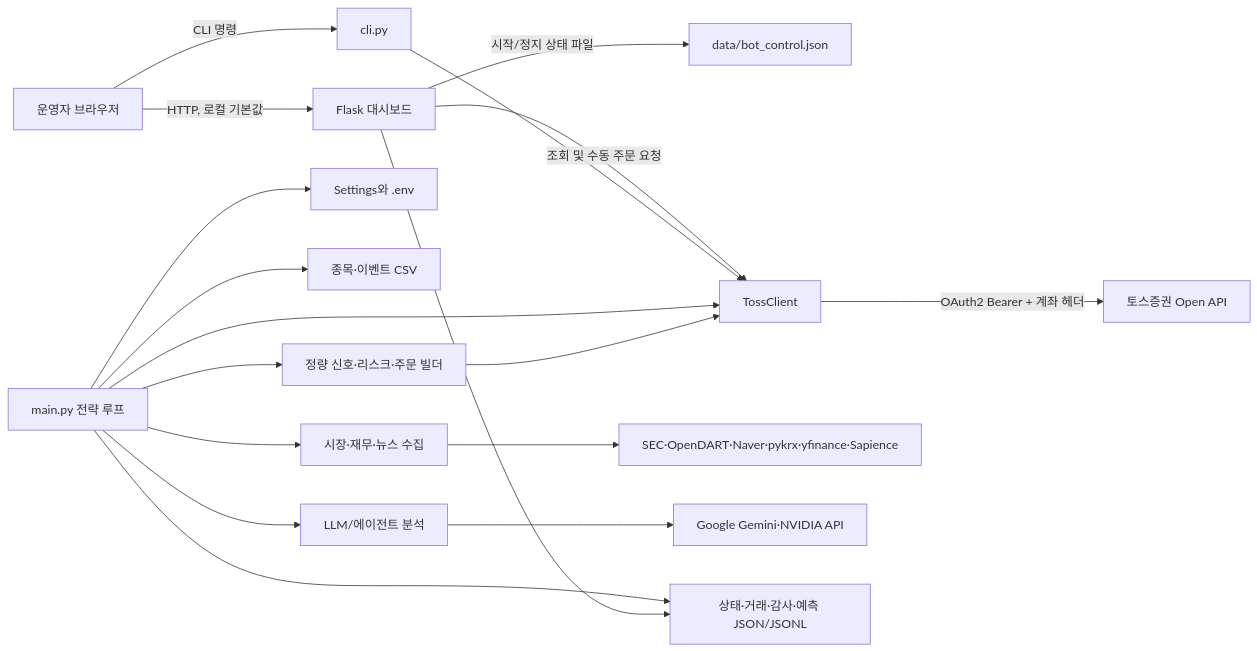
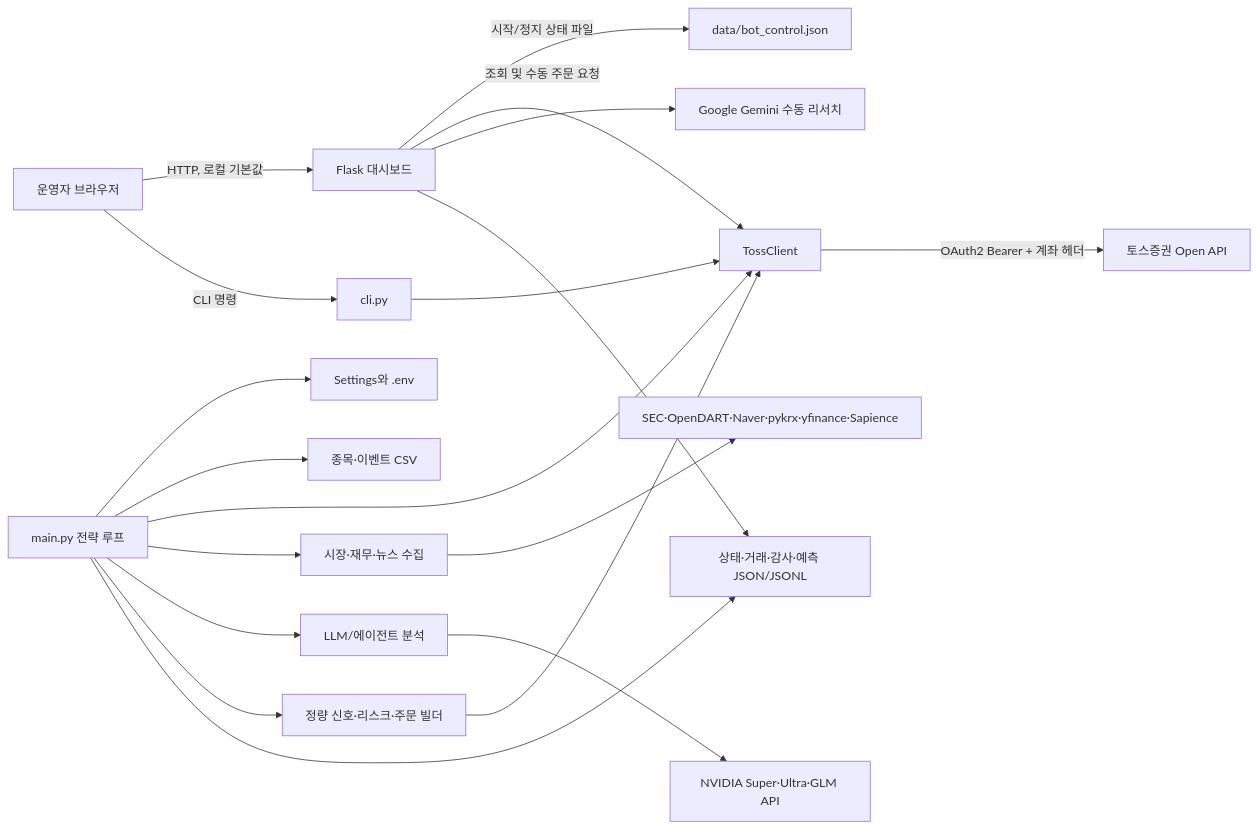
The first of 2 diagrams in system/01_전체시스템아키텍처.md (leehj24/RIO), drawn with Mermaid before and after one commit. The commit also changed other lines of this file and 40 other files, not shown here.

````diff
--- a/system/01_전체시스템아키텍처.md
+++ b/system/01_전체시스템아키텍처.md
@@ -21,23 +21,24 @@
 ```mermaid
 flowchart LR
     U[운영자 브라우저] -->|HTTP, 로컬 기본값| D[Flask 대시보드]
     U -->|CLI 명령| C[cli.py]
     D -->|시작/정지 상태 파일| CTL[data/bot_control.json]
     D -->|조회 및 수동 주문 요청| TCLIENT[TossClient]
     C --> TCLIENT
 
     S[main.py 전략 루프] --> CFG[Settings와 .env]
     S --> REG[종목·이벤트 CSV]
     S --> TCLIENT
     S --> MD[시장·재무·뉴스 수집]
     S --> AI[LLM/에이전트 분석]
     S --> RISK[정량 신호·리스크·주문 빌더]
     RISK --> TCLIENT
 
     TCLIENT -->|OAuth2 Bearer + 계좌 헤더| TOSS[토스증권 Open API]
     MD --> EXT[SEC·OpenDART·Naver·pykrx·yfinance·Sapience]
-    AI --> LLM[Google Gemini·NVIDIA API]
+    AI --> LLM[NVIDIA Super·Ultra·GLM API]
+    D --> GEMINI[Google Gemini 수동 리서치]
 
     S --> STORE[상태·거래·감사·예측 JSON/JSONL]
     D --> STORE
 ```
````
